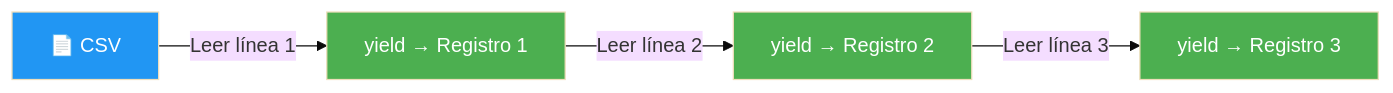
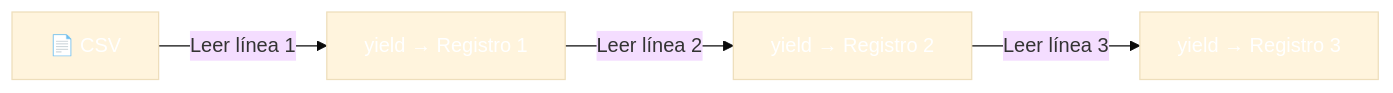
One commit to joseluisgs/DesarrolloWebEntornosServidor-01-2026-2027 changed the fifth of 6 diagrams in soluciones/13-ProgramacionAsincrona/README.md. Above: the diagram before and after it, drawn with Mermaid (base theme). The commit also changed other lines of this file and 66 other files, not shown here.

First line of the commit message:
fix: normalizar titulos al castellano de frase y corregir la paleta de mermaid

````diff
--- a/soluciones/13-ProgramacionAsincrona/README.md
+++ b/soluciones/13-ProgramacionAsincrona/README.md
@@ -132,11 +132,11 @@
 ```mermaid
 graph LR
     A["📄 CSV"] -->|"Leer línea 1"| B["yield → Registro 1"]
     B -->|"Leer línea 2"| C["yield → Registro 2"]
     C -->|"Leer línea 3"| D["yield → Registro 3"]
 
-    style A fill:#2196F3,color:#fff
-    style B fill:#4CAF50,color:#fff
-    style C fill:#4CAF50,color:#fff
-    style D fill:#4CAF50,color:#fff
+    style A fill:#2196F,color:#fff3,color:#fff
+    style B fill:#4CAF5,color:#fff0,color:#fff
+    style C fill:#4CAF5,color:#fff0,color:#fff
+    style D fill:#4CAF5,color:#fff0,color:#fff
 ```
````
